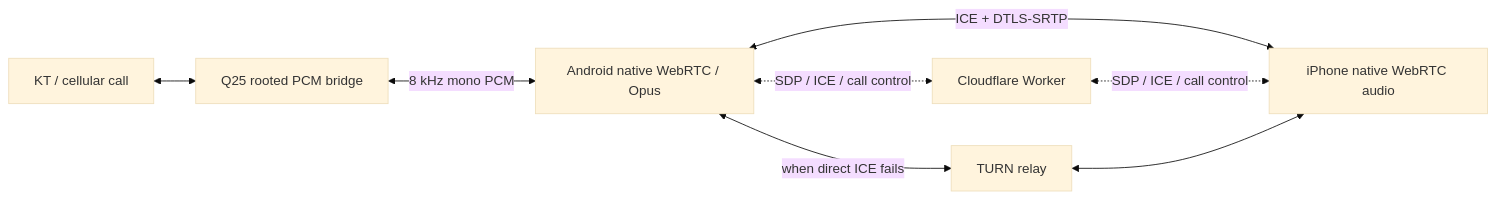
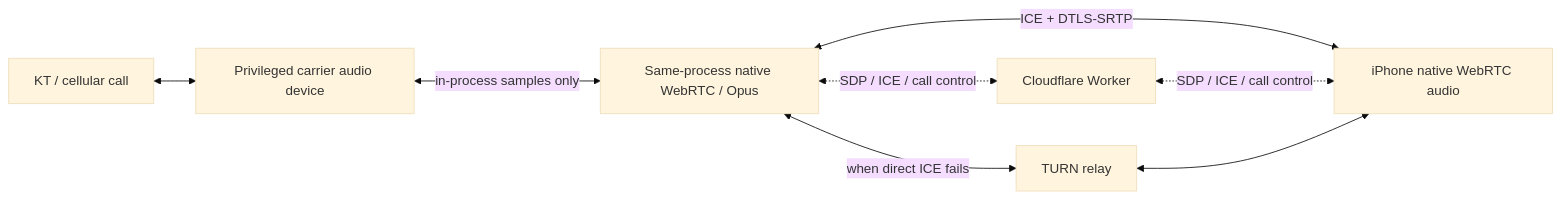
Before and after one commit to se0nghe0n/AirSIM: the diagram in docs/webrtc.md, drawn with Mermaid (base theme). The commit also changed other lines of this file and 104 other files, not shown here.

Commit message:
Migrate call audio to privileged native WebRTC

````diff
--- a/docs/webrtc.md
+++ b/docs/webrtc.md
@@ -5,10 +5,10 @@
 ```mermaid
 flowchart LR
-    SIM[KT / cellular call] <--> Bridge[Q25 rooted PCM bridge]
-    Bridge <-->|8 kHz mono PCM| Android[Android native WebRTC / Opus]
+    SIM[KT / cellular call] <--> Bridge[Privileged carrier audio device]
+    Bridge <-->|in-process samples only| Android[Same-process native WebRTC / Opus]
     Android <-->|ICE + DTLS-SRTP| iPhone[iPhone native WebRTC audio]
     Android <-.->|SDP / ICE / call control| Relay[Cloudflare Worker]
     Relay <-.->|SDP / ICE / call control| iPhone
     Android <-->|when direct ICE fails| TURN[TURN relay]
     TURN <--> iPhone
 ```
````
